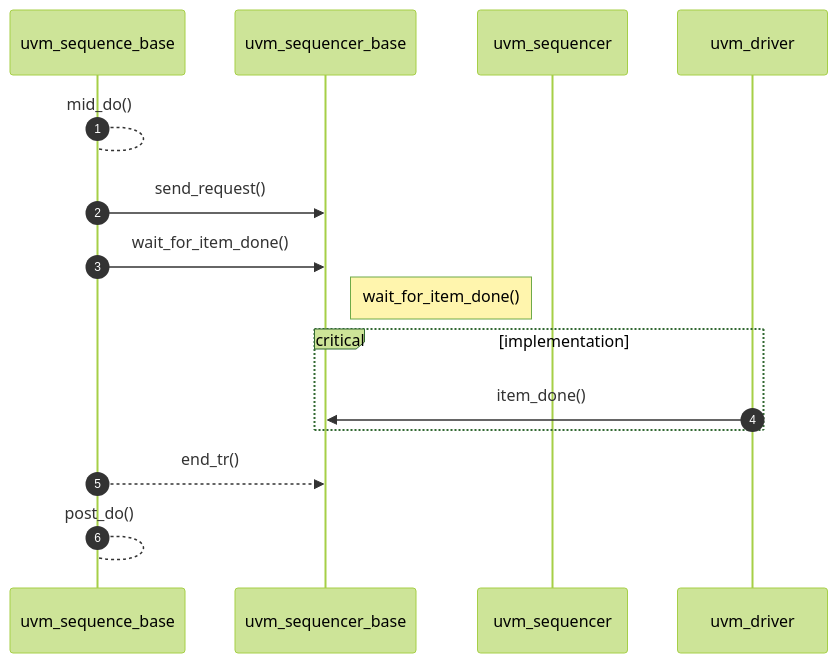
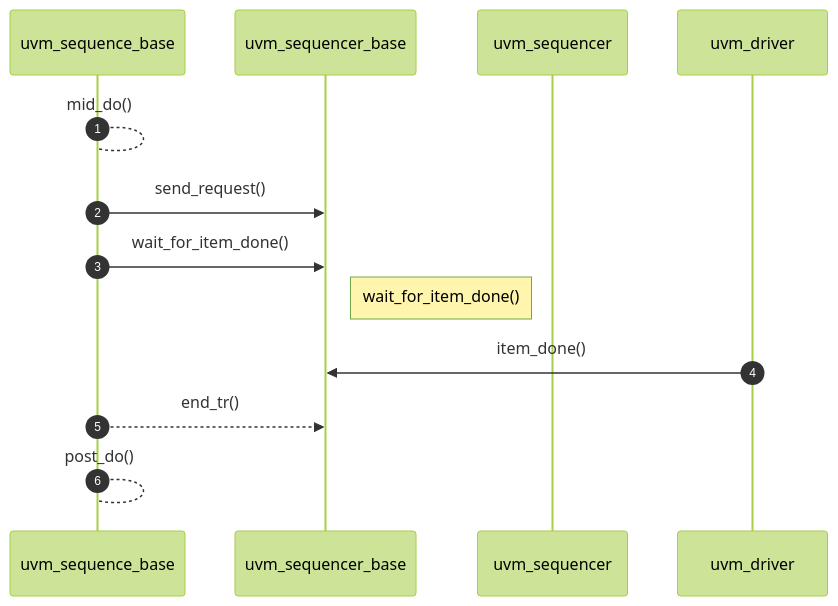
One commit to dsshin1us/uvm_info changed the third of 4 diagrams in sequence/sequence_base.md. Above: the diagram before and after it, drawn with Mermaid (forest theme).

Commit message:
removed all "Critical" in mermaid

````diff
--- a/sequence/sequence_base.md
+++ b/sequence/sequence_base.md
@@ -72,17 +72,15 @@
 ```mermaid
 sequenceDiagram
     participant uvm_sequence_base
     participant uvm_sequencer_base
     participant uvm_sequencer
     participant uvm_driver
     autonumber
         uvm_sequence_base --> uvm_sequence_base: mid_do()
         uvm_sequence_base ->> uvm_sequencer_base: send_request()
         uvm_sequence_base ->> uvm_sequencer_base: wait_for_item_done()
         Note right of uvm_sequencer_base : wait_for_item_done()
-        critical implementation
-            uvm_driver ->> uvm_sequencer_base: item_done()
-        end
+        uvm_driver ->> uvm_sequencer_base: item_done()
         uvm_sequence_base -->> uvm_sequencer_base: end_tr()
         uvm_sequence_base --> uvm_sequence_base: post_do()
 ```
````
